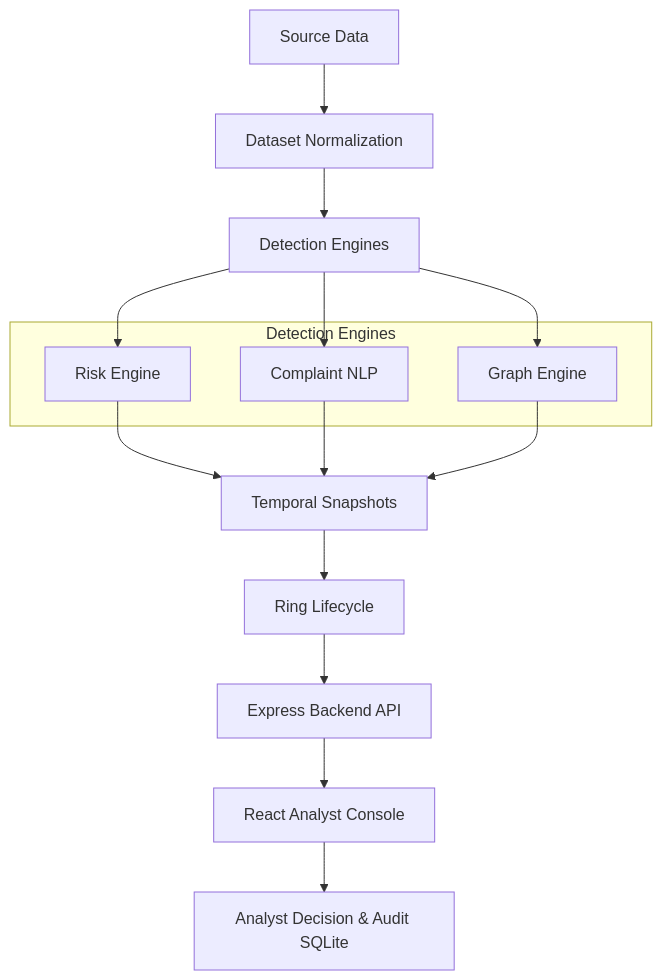
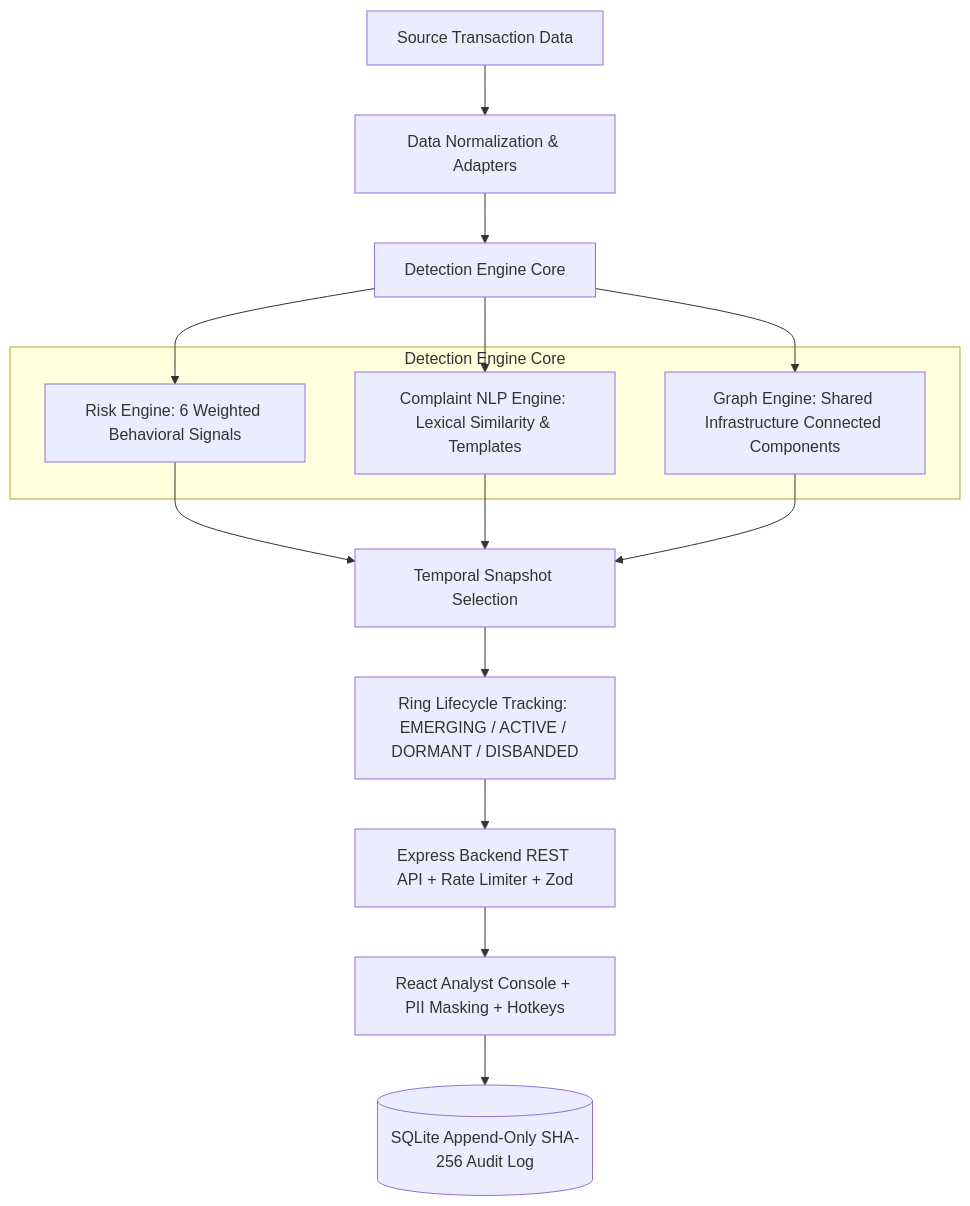
The diagram in README.md (25032007/Refundguard), drawn with Mermaid before and after one commit. The commit also changed other lines of this file and 5 other files, not shown here.

Commit message:
docs: add real web app screenshots, architecture diagram, and comprehensive API documentation to README.md

````diff
--- a/README.md
+++ b/README.md
@@ -32,24 +57,24 @@
 ```mermaid
 flowchart TD
-    A[Source Data] --> B[Dataset Normalization]
-    B --> C[Detection Engines]
+    A[Source Transaction Data] --> B[Data Normalization & Adapters]
+    B --> C[Detection Engine Core]
 
-    subgraph Detection Engines
-        D1[Risk Engine]
-        D2[Complaint NLP]
-        D3[Graph Engine]
+    subgraph Detection Engine Core
+        D1[Risk Engine: 6 Weighted Behavioral Signals]
+        D2[Complaint NLP Engine: Lexical Similarity & Templates]
+        D3[Graph Engine: Shared Infrastructure Connected Components]
     end
 
     C --> D1
     C --> D2
     C --> D3
 
-    D1 --> E[Temporal Snapshots]
+    D1 --> E[Temporal Snapshot Selection]
     D2 --> E
     D3 --> E
 
-    E --> F[Ring Lifecycle]
-    F --> G[Express Backend API]
-    G --> H[React Analyst Console]
-    H --> I[Analyst Decision & Audit SQLite]
+    E --> F[Ring Lifecycle Tracking: EMERGING / ACTIVE / DORMANT / DISBANDED]
+    F --> G[Express Backend REST API + Rate Limiter + Zod]
+    G --> H[React Analyst Console + PII Masking + Hotkeys]
+    H --> I[(SQLite Append-Only SHA-256 Audit Log)]
 ```
````
